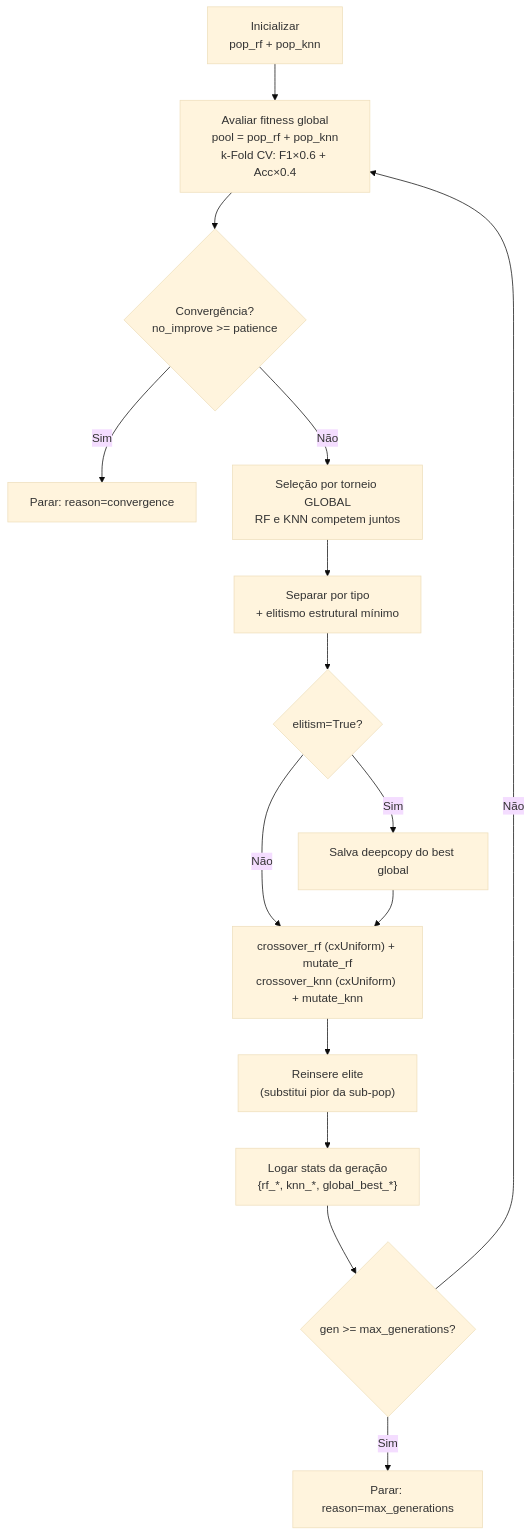
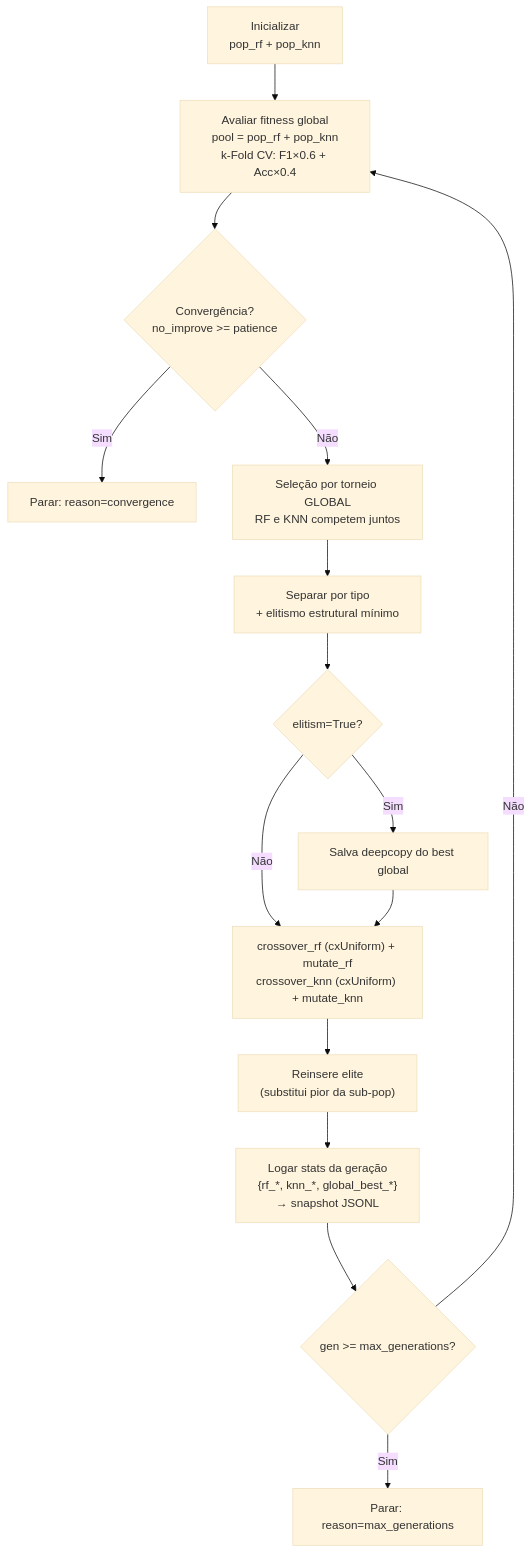
One commit to vagner-nascimento/fiap-pos-ia-para-devs-fase2-tech-challenge changed the first of 2 diagrams in docs/architecture.md. Above: the diagram before and after it, drawn with Mermaid (base theme). The commit also changed other lines of this file and 5 other files, not shown here.

````diff
--- a/docs/architecture.md
+++ b/docs/architecture.md
@@ -159,20 +219,20 @@
 ```mermaid
 flowchart TD
     A["Inicializar\npop_rf + pop_knn"] --> B
     B["Avaliar fitness global\npool = pop_rf + pop_knn\nk-Fold CV: F1×0.6 + Acc×0.4"] --> C
     C{"Convergência?\nno_improve >= patience"}
     C -- Sim --> Z["Parar: reason=convergence"]
     C -- Não --> D
     D["Seleção por torneio GLOBAL\nRF e KNN competem juntos"] --> E
     E["Separar por tipo\n+ elitismo estrutural mínimo"] --> F
     F{"elitism=True?"}
     F -- Sim --> G["Salva deepcopy do best global"]
     F -- Não --> H
     G --> H
     H["crossover_rf (cxUniform) + mutate_rf\ncrossover_knn (cxUniform) + mutate_knn"] --> I
     I["Reinsere elite\n(substitui pior da sub-pop)"] --> J
-    J["Logar stats da geração\n{rf_*, knn_*, global_best_*}"] --> K
+    J["Logar stats da geração\n{rf_*, knn_*, global_best_*}\n→ snapshot JSONL"] --> K
     K{"gen >= max_generations?"}
     K -- Sim --> L["Parar: reason=max_generations"]
     K -- Não --> B
 ```
````
